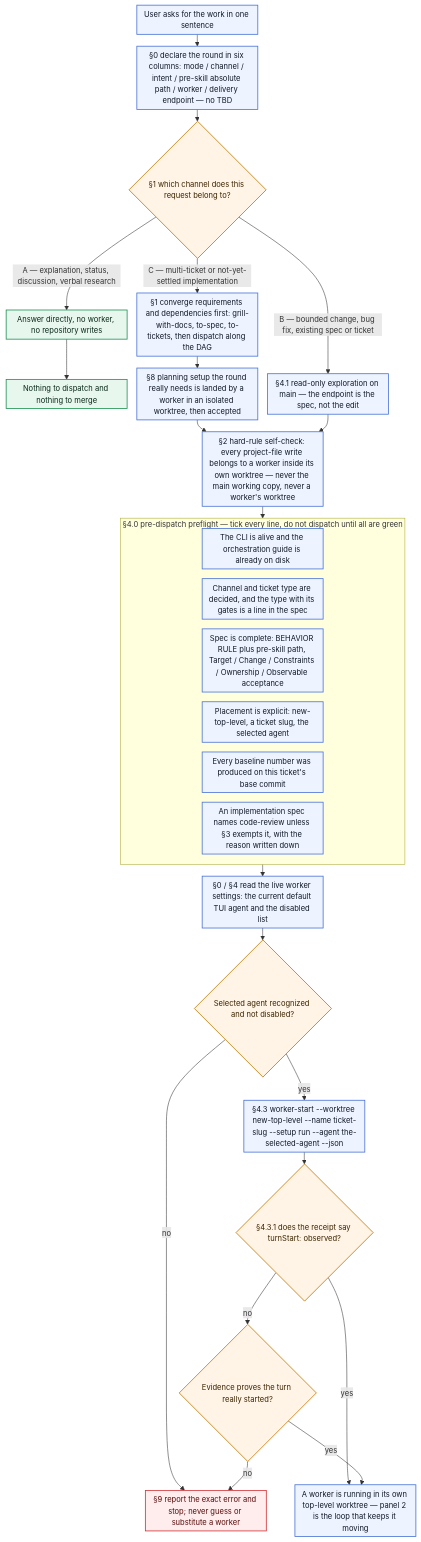
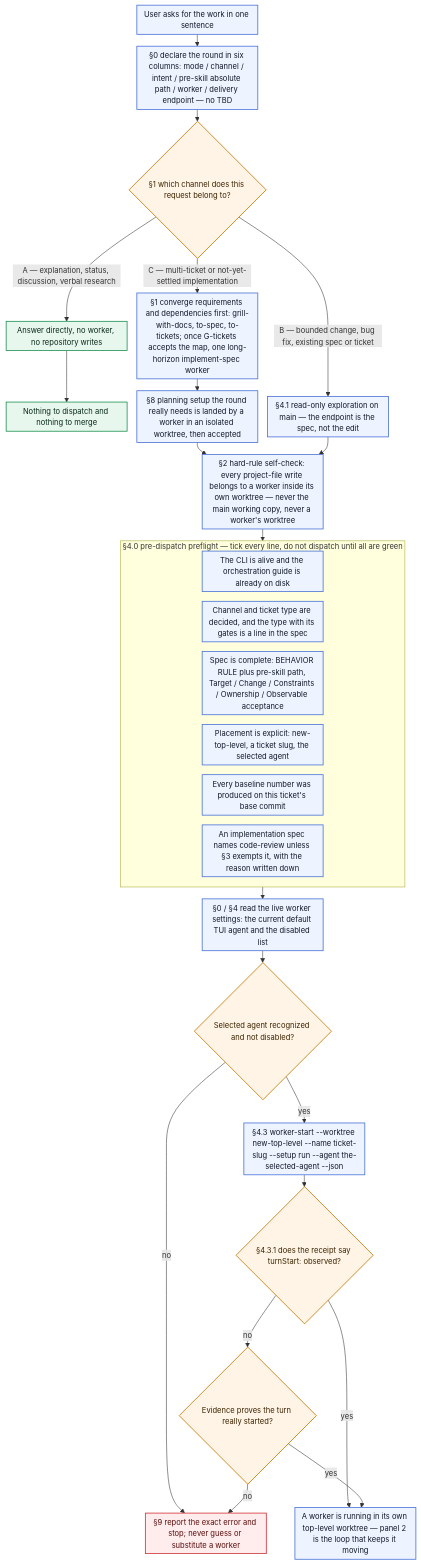
Before and after one commit to lindoo67/orchestra-auto: the first of 4 diagrams in README.md, drawn with Mermaid. The commit also changed other lines of this file and 20 other files, not shown here.

First line of the commit message:
Add long-horizon ticket map workflow with door-aware merging

````diff
--- a/README.md
+++ b/README.md
@@ -58,44 +68,44 @@
 ```mermaid
 %%{init: {"themeVariables": {"fontSize": "14px"}, "flowchart": {"nodeSpacing": 18, "rankSpacing": 22, "padding": 6, "diagramPadding": 4, "useMaxWidth": true}}}%%
 flowchart TD
     START["User asks for the work in one sentence"] --> DECL["§0 declare the round in six columns: mode / channel / intent / pre-skill absolute path / worker / delivery endpoint — no TBD"]
     DECL --> CH{"§1 which channel does this request belong to?"}
     CH -->|"A — explanation, status, discussion, verbal research"| ANS["Answer directly, no worker, no repository writes"]
     ANS --> DONE_A["Nothing to dispatch and nothing to merge"]
     CH -->|"B — bounded change, bug fix, existing spec or ticket"| SCOUT["§4.1 read-only exploration on main — the endpoint is the spec, not the edit"]
-    CH -->|"C — multi-ticket or not-yet-settled implementation"| CONV["§1 converge requirements and dependencies first: grill-with-docs, to-spec, to-tickets, then dispatch along the DAG"]
+    CH -->|"C — multi-ticket or not-yet-settled implementation"| CONV["§1 converge requirements and dependencies first: grill-with-docs, to-spec, to-tickets; once G-tickets accepts the map, one long-horizon implement-spec worker"]
     CONV --> PLAN8["§8 planning setup the round really needs is landed by a worker in an isolated worktree, then accepted"]
     PLAN8 --> HARD
     SCOUT --> HARD
     HARD["§2 hard-rule self-check: every project-file write belongs to a worker inside its own worktree — never the main working copy, never a worker's worktree"]
 
     HARD --> PF
     subgraph PF["§4.0 pre-dispatch preflight — tick every line, do not dispatch until all are green"]
         P1["The CLI is alive and the orchestration guide is already on disk"]
         P2["Channel and ticket type are decided, and the type with its gates is a line in the spec"]
         P3["Spec is complete: BEHAVIOR RULE plus pre-skill path, Target / Change / Constraints / Ownership / Observable acceptance"]
         P4["Placement is explicit: new-top-level, a ticket slug, the selected agent"]
         P5["Every baseline number was produced on this ticket's base commit"]
         P6["An implementation spec names code-review unless §3 exempts it, with the reason written down"]
     end
     PF --> SETTINGS
     SETTINGS["§0 / §4 read the live worker settings: the current default TUI agent and the disabled list"]
     SETTINGS --> USABLE{"Selected agent recognized and not disabled?"}
     USABLE -->|"no"| FAILSTOP["§9 report the exact error and stop; never guess or substitute a worker"]
     USABLE -->|"yes"| DISPATCH["§4.3 worker-start --worktree new-top-level --name ticket-slug --setup run --agent the-selected-agent --json"]
     DISPATCH --> TURN{"§4.3.1 does the receipt say turnStart: observed?"}
     TURN -->|"yes"| LIVE
     TURN -->|"no"| PROVE{"Evidence proves the turn really started?"}
     PROVE -->|"yes"| LIVE
     PROVE -->|"no"| FAILSTOP
     LIVE["A worker is running in its own top-level worktree — panel 2 is the loop that keeps it moving"]
 
     classDef phase fill:#eef4ff,stroke:#4b74d8,color:#101828,stroke-width:1.5px
     classDef gate fill:#fff4e5,stroke:#c77700,color:#3b2400,stroke-width:1.5px
     classDef stop fill:#ffecec,stroke:#d13438,color:#5a0d0d,stroke-width:1.5px
     classDef ok fill:#e8f7ee,stroke:#1f9254,color:#08281a,stroke-width:1.5px
     class START,DECL,HARD,P1,P2,P3,P4,P5,P6,SETTINGS,DISPATCH,SCOUT,CONV,PLAN8,LIVE phase
     class CH,USABLE,TURN,PROVE gate
     class FAILSTOP stop
     class ANS,DONE_A ok
 ```
````
